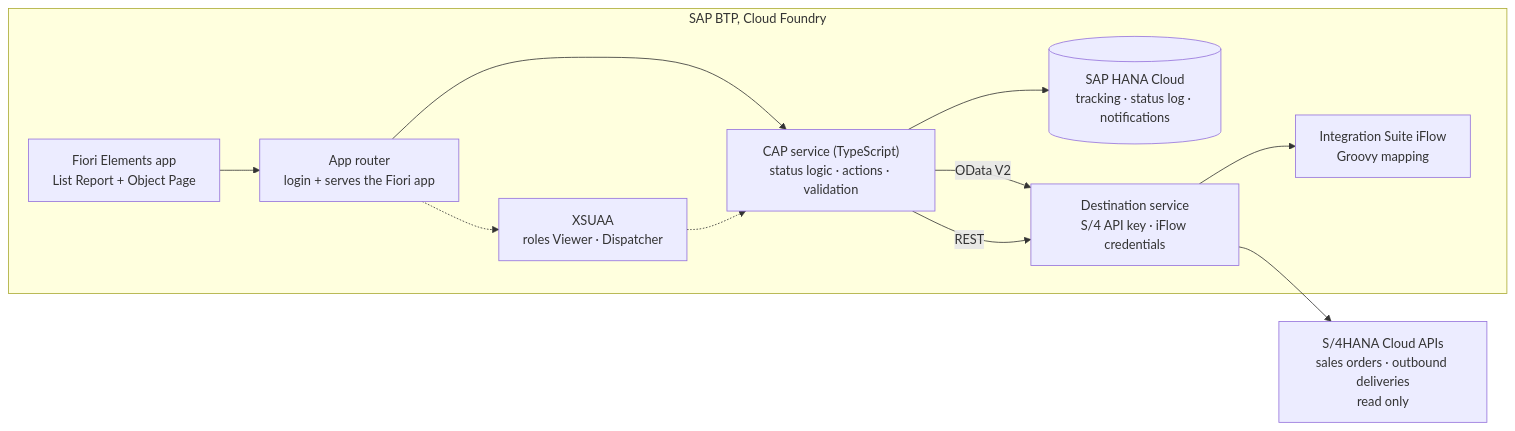
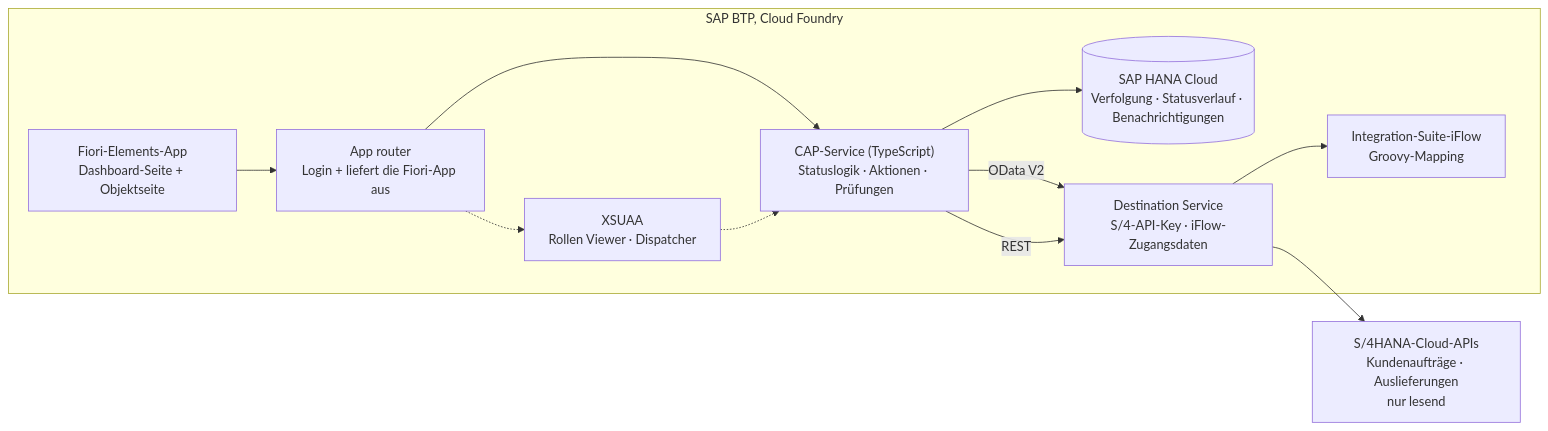
One commit to nizeyimanaissa-hub/lieferstatus-hub changed the diagram in README.md. Above: the diagram before and after it, drawn with Mermaid. The commit also changed other lines of this file and 12 other files, not shown here.

````diff
--- a/README.md
+++ b/README.md
@@ -33,20 +32,20 @@
 ```mermaid
 flowchart LR
   subgraph BTP["SAP BTP, Cloud Foundry"]
-    AR["App router<br/>login + serves the Fiori app"]
-    FE["Fiori Elements app<br/>List Report + Object Page"]
-    SRV["CAP service (TypeScript)<br/>status logic · actions · validation"]
-    DB[("SAP HANA Cloud<br/>tracking · status log · notifications")]
-    XS["XSUAA<br/>roles Viewer · Dispatcher"]
-    DEST["Destination service<br/>S/4 API key · iFlow credentials"]
-    IFLOW["Integration Suite iFlow<br/>Groovy mapping"]
+    AR["App router<br/>Login + liefert die Fiori-App aus"]
+    FE["Fiori-Elements-App<br/>Dashboard-Seite + Objektseite"]
+    SRV["CAP-Service (TypeScript)<br/>Statuslogik · Aktionen · Prüfungen"]
+    DB[("SAP HANA Cloud<br/>Verfolgung · Statusverlauf · Benachrichtigungen")]
+    XS["XSUAA<br/>Rollen Viewer · Dispatcher"]
+    DEST["Destination Service<br/>S/4-API-Key · iFlow-Zugangsdaten"]
+    IFLOW["Integration-Suite-iFlow<br/>Groovy-Mapping"]
   end
-  S4["S/4HANA Cloud APIs<br/>sales orders · outbound deliveries<br/>read only"]
+  S4["S/4HANA-Cloud-APIs<br/>Kundenaufträge · Auslieferungen<br/>nur lesend"]
 
   FE --> AR --> SRV
   AR -.-> XS
   SRV --> DB
   SRV -- "OData V2" --> DEST --> S4
   SRV -- "REST" --> DEST --> IFLOW
   XS -.-> SRV
 ```
````
